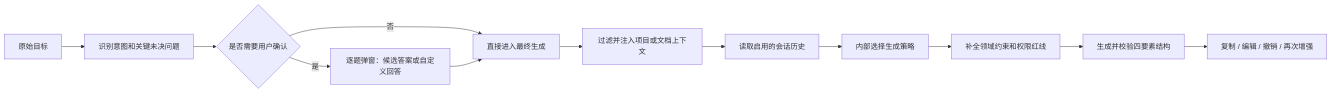
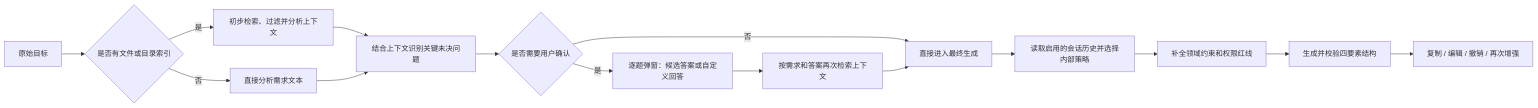
The diagram in docs/11-提示词增强能力设计.md (QingNiao0x/prompt-optimizer-platform), drawn with Mermaid before and after one commit. The commit also changed other lines of this file and 35 other files, not shown here.

Commit message:
基于文件上下文生成确认问题并二次检索: 1. 新增短期上下文会话和安全摘要，绑定需求、Plan、上下文版本与确认答案 2. 让计划 Provider 根据技术栈、依赖、目录和文件摘要减少重复提问 3. 用户确认后以原始需求、问题和答案再次检索并分析最终上下文 4. 仅在查询、文件集合和上下文版本一致时复用首次分析快照 5. 补充前端工作台流程、接口契约、教学流程图及单元和端到端测试

````diff
--- a/docs/11-提示词增强能力设计.md
+++ b/docs/11-提示词增强能力设计.md
@@ -11,14 +11,17 @@
 ```mermaid
 flowchart LR
-    A[原始目标] --> B[识别意图和关键未决问题]
-    B --> C{是否需要用户确认}
-    C -->|是| D[逐题弹窗：候选答案或自定义回答]
-    C -->|否| E[直接进入最终生成]
+    A[原始目标] --> B{是否有文件或目录索引}
+    B -->|是| C[初步检索、过滤并分析上下文]
+    B -->|否| D[直接分析需求文本]
+    C --> E[结合上下文识别关键未决问题]
     D --> E
-    E --> F[过滤并注入项目或文档上下文]
-    F --> G[读取启用的会话历史]
-    G --> H[内部选择生成策略]
-    H --> I[补全领域约束和权限红线]
-    I --> J[生成并校验四要素结构]
-    J --> K[复制 / 编辑 / 撤销 / 再次增强]
+    E --> F{是否需要用户确认}
+    F -->|是| G[逐题弹窗：候选答案或自定义回答]
+    F -->|否| H[直接进入最终生成]
+    G --> I[按需求和答案再次检索上下文]
+    I --> H
+    H --> J[读取启用的会话历史并选择内部策略]
+    J --> K[补全领域约束和权限红线]
+    K --> L[生成并校验四要素结构]
+    L --> M[复制 / 编辑 / 撤销 / 再次增强]
 ```
````
